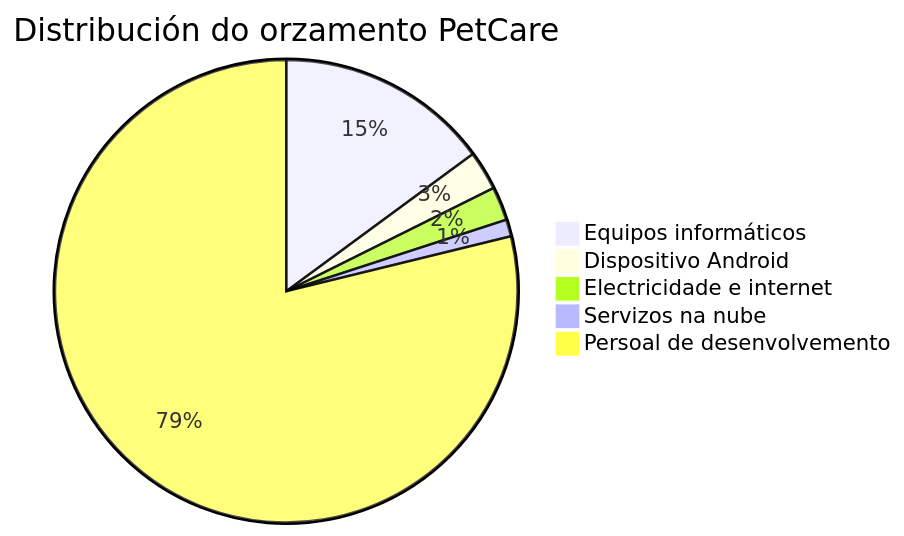
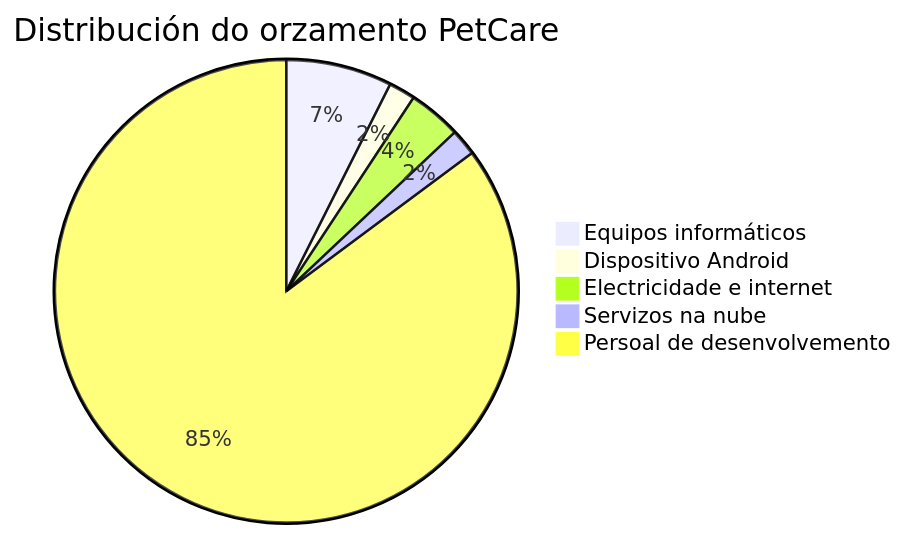
The second of 2 diagrams in doc/templates/4_planificacion.md (martinmgd/PetCare), drawn with Mermaid before and after one commit. The commit also changed other lines of this file and 8 other files, not shown here.

````diff
--- a/doc/templates/4_planificacion.md
+++ b/doc/templates/4_planificacion.md
@@ -454,8 +454,8 @@
 ```mermaid
 pie title Distribución do orzamento PetCare
-    "Equipos informáticos" : 1900
-    "Dispositivo Android" : 350
+    "Equipos informáticos" : 600
+    "Dispositivo Android" : 150
     "Electricidade e internet" : 300
     "Servizos na nube" : 150
-    "Persoal de desenvolvemento" : 10050
+    "Persoal de desenvolvemento" : 6900
 ```
````
